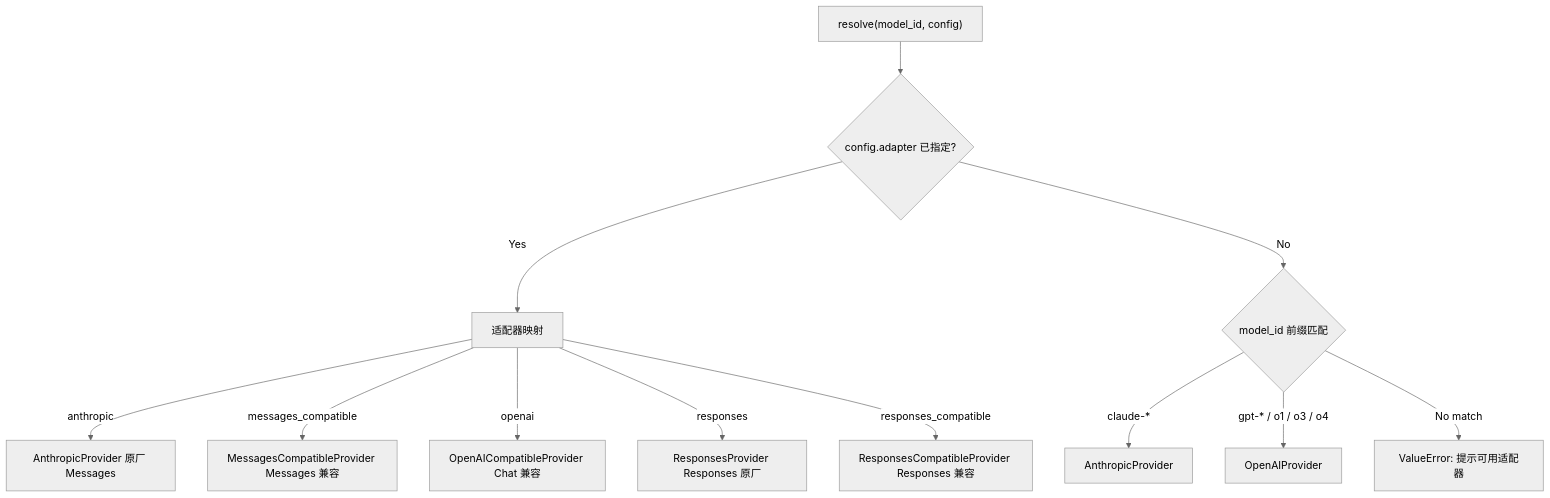
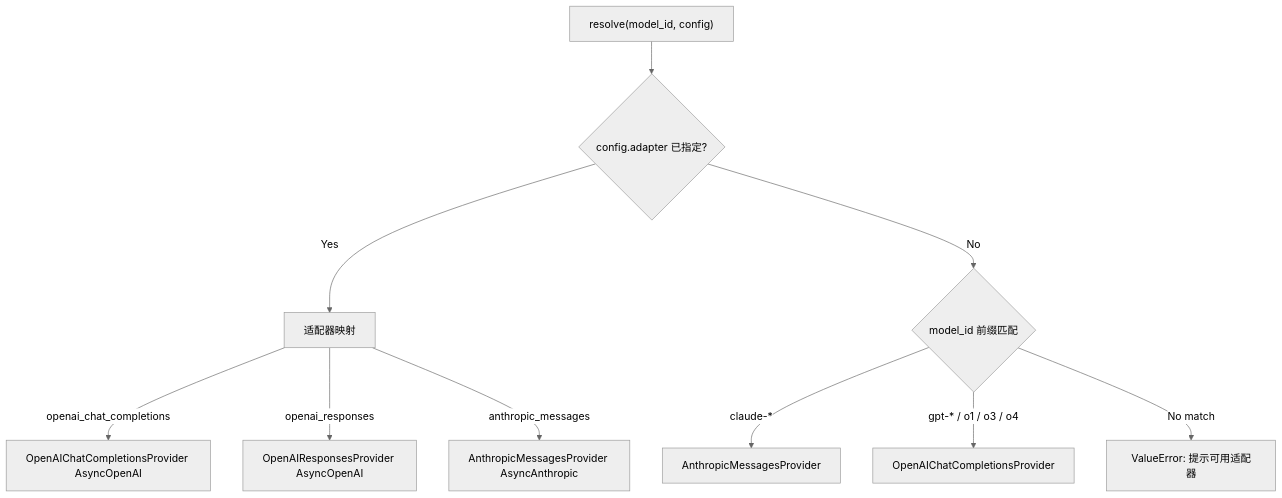
The sixth of 6 diagrams in docs/NonoAgent-Architecture.md (DawnOf1996/nono-agent), drawn with Mermaid (neutral theme) before and after one commit. The commit also changed other lines of this file and 35 other files, not shown here.

````diff
--- a/docs/NonoAgent-Architecture.md
+++ b/docs/NonoAgent-Architecture.md
@@ -409,16 +409,14 @@
 ```mermaid
 graph TB
     Request["resolve(model_id, config)"] --> Check{config.adapter 已指定?}
 
     Check -->|Yes| AdapterMap[适配器映射]
-    AdapterMap -->|anthropic| AP[AnthropicProvider 原厂 Messages]
-    AdapterMap -->|messages_compatible| MC[MessagesCompatibleProvider Messages 兼容]
-    AdapterMap -->|openai| OCP[OpenAICompatibleProvider Chat 兼容]
-    AdapterMap -->|responses| RP[ResponsesProvider Responses 原厂]
-    AdapterMap -->|responses_compatible| RC[ResponsesCompatibleProvider Responses 兼容]
+    AdapterMap -->|openai_chat_completions| OCP[OpenAIChatCompletionsProvider AsyncOpenAI]
+    AdapterMap -->|openai_responses| RP[OpenAIResponsesProvider AsyncOpenAI]
+    AdapterMap -->|anthropic_messages| AP[AnthropicMessagesProvider AsyncAnthropic]
 
     Check -->|No| PrefixMatch{model_id 前缀匹配}
-    PrefixMatch -->|claude-*| AP2[AnthropicProvider]
-    PrefixMatch -->|gpt-* / o1 / o3 / o4| OP[OpenAIProvider]
+    PrefixMatch -->|claude-*| AP2[AnthropicMessagesProvider]
+    PrefixMatch -->|gpt-* / o1 / o3 / o4| OP[OpenAIChatCompletionsProvider]
     PrefixMatch -->|No match| Error[ValueError: 提示可用适配器]
 ```
````
